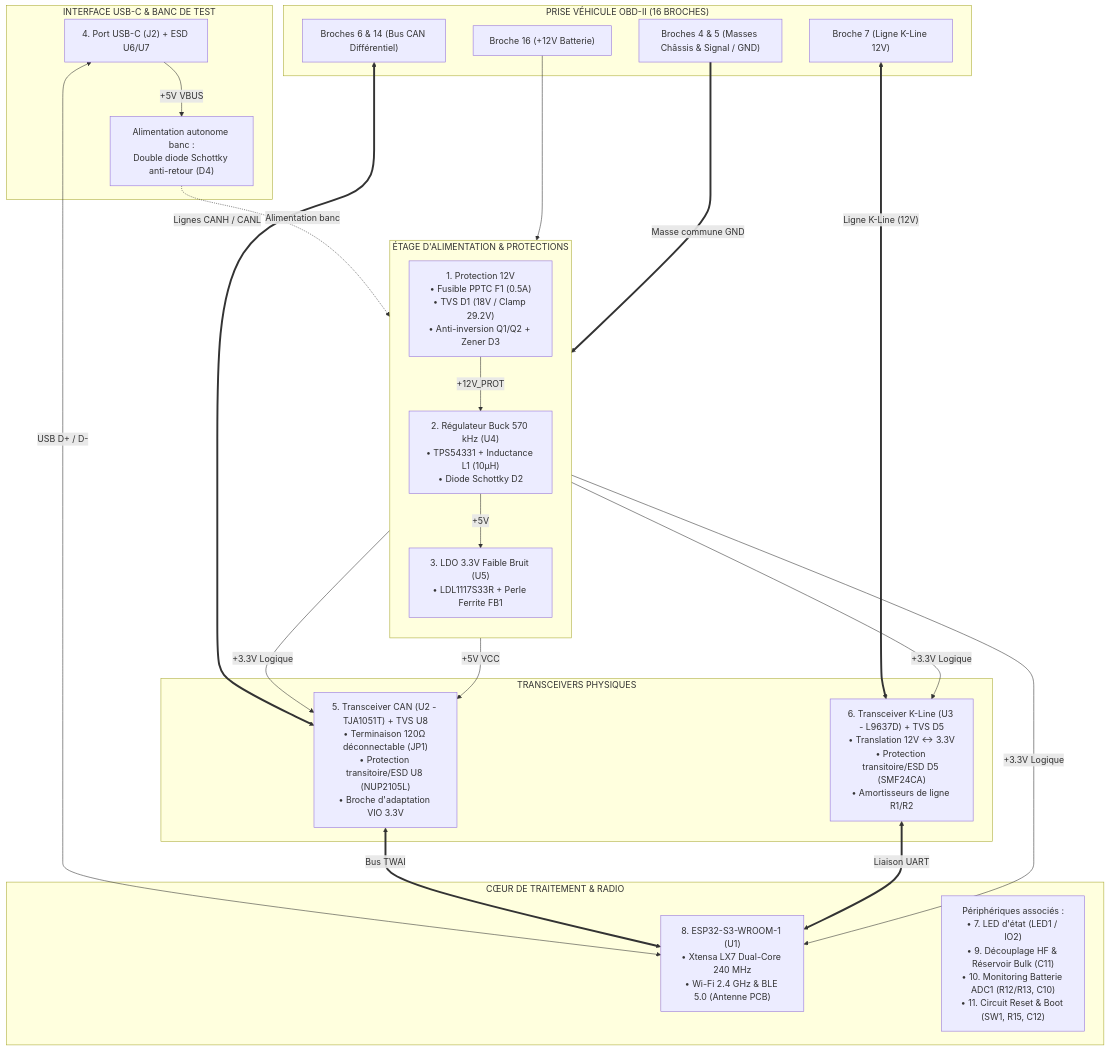
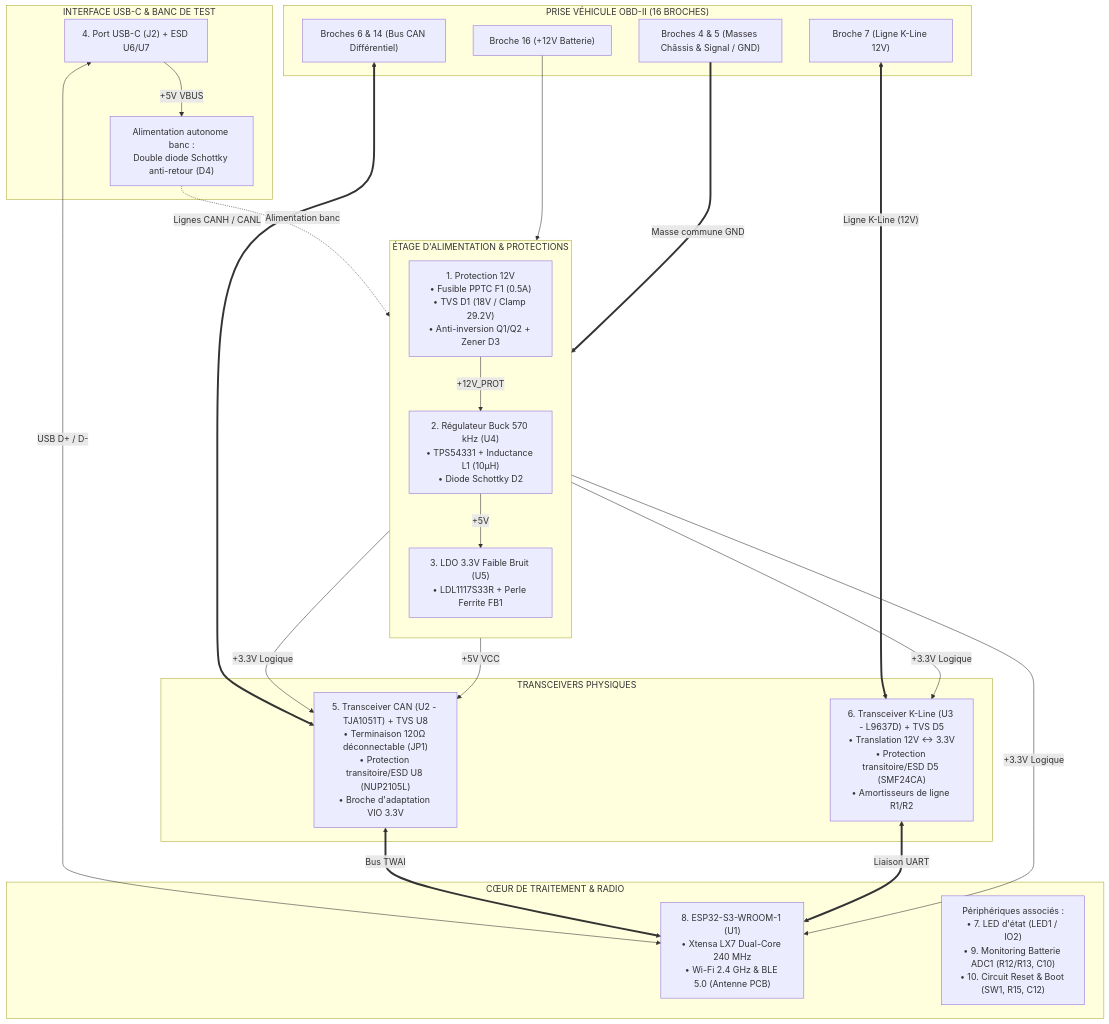
The first of 9 diagrams in HARDWARE.md (nitrogene/OBD2), drawn with Mermaid before and after one commit. The commit also changed other lines of this file and 28 other files, not shown here.

````diff
--- a/HARDWARE.md
+++ b/HARDWARE.md
@@ -22,60 +26,60 @@
 ```mermaid
 %%{init: {
   'themeVariables': {
     'fontFamily': 'Consolas, "Courier New", monospace',
     'fontSize': '12px'
   },
   'flowchart': {
     'curve': 'stepBefore',
     'nodeSpacing': 30,
     'rankSpacing': 40
   }
 }}%%
 flowchart TD
     subgraph OBD["PRISE VÉHICULE OBD-II (16 BROCHES)"]
         PIN16["Broche 16 (+12V Batterie)"]
         PIN4_5["Broches 4 & 5 (Masses Châssis & Signal / GND)"]
         PIN6_14["Broches 6 & 14 (Bus CAN Différentiel)"]
         PIN7["Broche 7 (Ligne K-Line 12V)"]
     end
 
     subgraph POWER["ÉTAGE D'ALIMENTATION & PROTECTIONS"]
         direction TB
         F1["1. Protection 12V\n• Fusible PPTC F1 (0.5A)\n• TVS D1 (18V / Clamp 29.2V)\n• Anti-inversion Q1/Q2 + Zener D3"]
         BUCK["2. Régulateur Buck 570 kHz (U4)\n• TPS54331 + Inductance L1 (10µH)\n• Diode Schottky D2"]
         LDO["3. LDO 3.3V Faible Bruit (U5)\n• LDL1117S33R + Perle Ferrite FB1"]
         F1 -->|"+12V_PROT"| BUCK
         BUCK -->|"+5V"| LDO
     end
 
     subgraph TRANSCEIVERS["TRANSCEIVERS PHYSIQUES"]
         CAN_IC["5. Transceiver CAN (U2 - TJA1051T) + TVS U8\n• Terminaison 120Ω déconnectable (JP1)\n• Protection transitoire/ESD U8 (NUP2105L)\n• Broche d'adaptation VIO 3.3V"]
         KLINE_IC["6. Transceiver K-Line (U3 - L9637D) + TVS D5\n• Translation 12V ↔ 3.3V\n• Protection transitoire/ESD D5 (SMF24CA)\n• Amortisseurs de ligne R1/R2"]
     end
 
     subgraph MCU["CŒUR DE TRAITEMENT & RADIO"]
         ESP["8. ESP32-S3-WROOM-1 (U1)\n• Xtensa LX7 Dual-Core 240 MHz\n• Wi-Fi 2.4 GHz & BLE 5.0 (Antenne PCB)"]
-        PERIPH["Périphériques associés :\n• 7. LED d'état (LED1 / IO2)\n• 9. Découplage HF & Réservoir Bulk (C11)\n• 10. Monitoring Batterie ADC1 (R12/R13, C10)\n• 11. Circuit Reset & Boot (SW1, R15, C12)"]
+        PERIPH["Périphériques associés :\n• 7. LED d'état (LED1 / IO2)\n• 9. Monitoring Batterie ADC1 (R12/R13, C10)\n• 10. Circuit Reset & Boot (SW1, R15, C12)"]
     end
 
     subgraph USB_DEBUG["INTERFACE USB-C & BANC DE TEST"]
         USBC["4. Port USB-C (J2) + ESD U6/U7"]
         D4["Alimentation autonome banc :\nDouble diode Schottky anti-retour (D4)"]
         USBC -->|"+5V VBUS"| D4
         D4 -.->|Alimentation banc| BUCK
         USBC <-->|"USB D+ / D-"| ESP
     end
 
     PIN16 --> F1
     PIN4_5 ===>|"Masse commune GND"| POWER
     PIN6_14 <==>|"Lignes CANH / CANL"| CAN_IC
     PIN7 <==>|"Ligne K-Line (12V)"| KLINE_IC
 
     LDO -->|"+3.3V Logique"| ESP
     LDO -->|"+3.3V Logique"| CAN_IC
     LDO -->|"+3.3V Logique"| KLINE_IC
     BUCK -->|"+5V VCC"| CAN_IC
 
     CAN_IC <==>|"Bus TWAI"| ESP
     KLINE_IC <==>|"Liaison UART"| ESP
 ```
````
